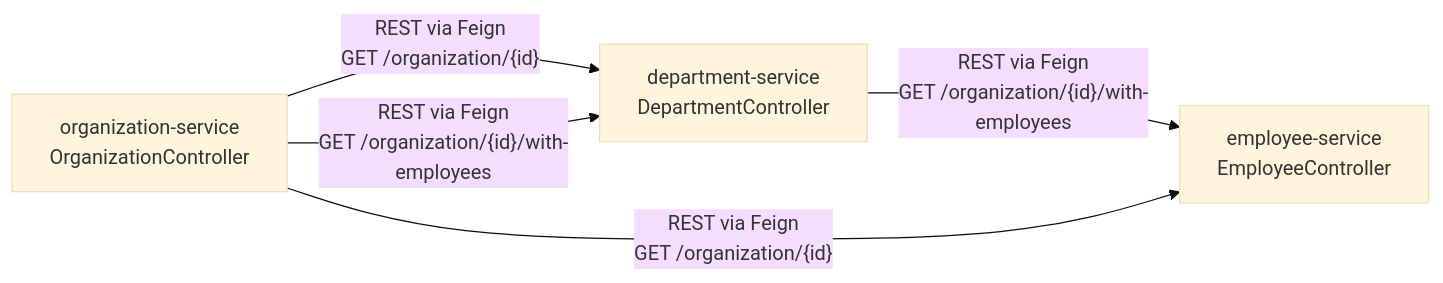
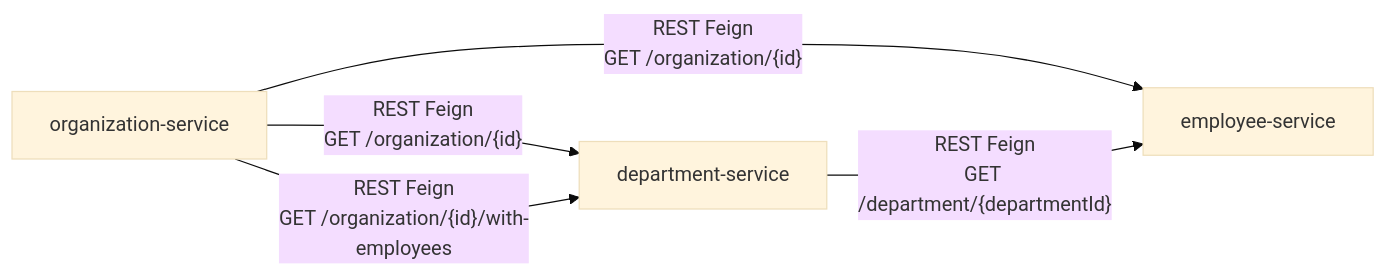
One commit to EmbedFlow-MicroserviceDecomposition/metric-analysis changed the third of 5 diagrams in doc/Eshin.Ms.CallGraph.md. Above: the diagram before and after it, drawn with Mermaid (base theme). The commit also changed other lines of this file and 2 other files, not shown here.

Commit message:
docs: finalize master and individual call graph documentation for inter-MS scope

````diff
--- a/doc/Eshin.Ms.CallGraph.md
+++ b/doc/Eshin.Ms.CallGraph.md
@@ -219,11 +193,11 @@
 ```mermaid
 flowchart LR
-    ORG["organization-service\nOrganizationController"]
-    DEPT["department-service\nDepartmentController"]
-    EMP["employee-service\nEmployeeController"]
+    ORG["organization-service"]
+    DEPT["department-service"]
+    EMP["employee-service"]
 
-    DEPT -->|"REST via Feign\nGET /organization/{id}/with-employees"| EMP
-    ORG -->|"REST via Feign\nGET /organization/{id}"| DEPT
-    ORG -->|"REST via Feign\nGET /organization/{id}/with-employees"| DEPT
-    ORG -->|"REST via Feign\nGET /organization/{id}"| EMP
+    ORG -->|"REST Feign\nGET /organization/{id}"| DEPT
+    ORG -->|"REST Feign\nGET /organization/{id}/with-employees"| DEPT
+    ORG -->|"REST Feign\nGET /organization/{id}"| EMP
+    DEPT -->|"REST Feign\nGET /department/{departmentId}"| EMP
 ```
````
